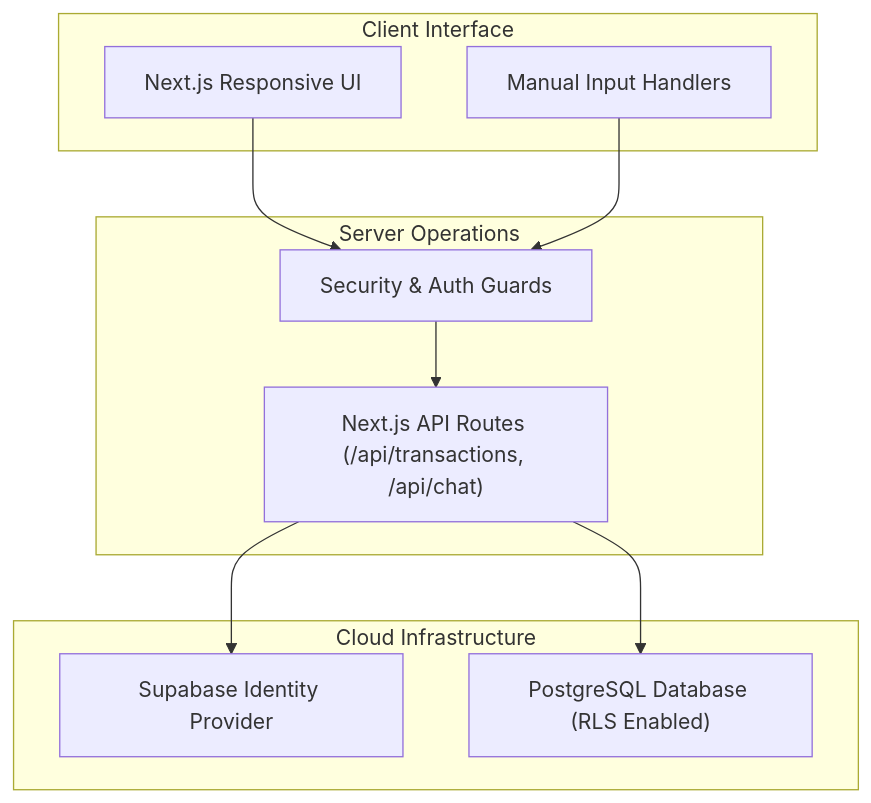
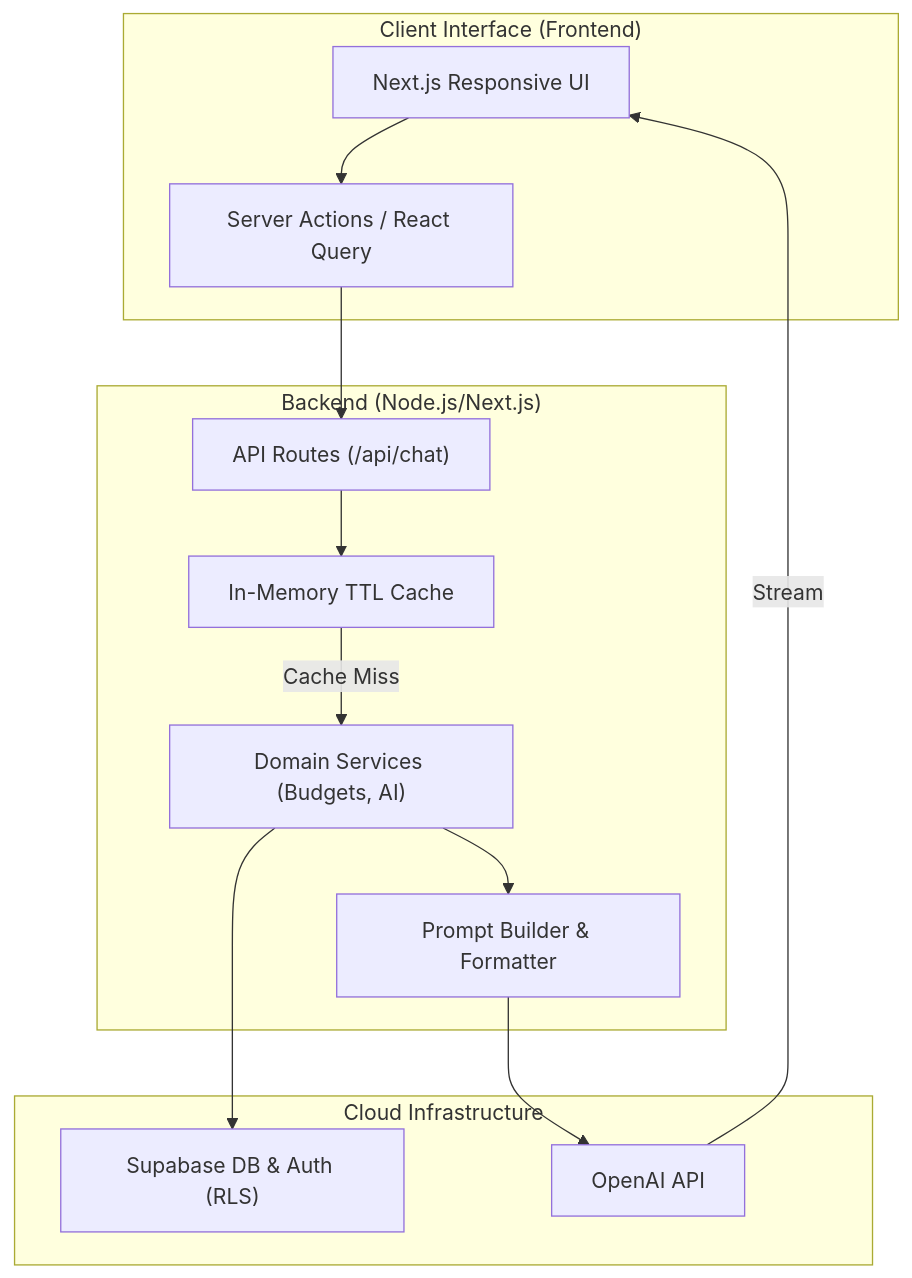
Before and after one commit to abhi128nandan/Cashpilot: the diagram in README.md, drawn with Mermaid. The commit also changed other lines of this file, not shown here.

````diff
--- a/README.md
+++ b/README.md
@@ -53,23 +179,28 @@
 ```mermaid
 graph TD
-    subgraph Client ["Client Interface"]
+    subgraph Client ["Client Interface (Frontend)"]
         UI["Next.js Responsive UI"]
-        Forms["Manual Input Handlers"]
+        Forms["Server Actions / React Query"]
     end
 
-    subgraph Server ["Server Operations"]
-        API["Next.js API Routes (/api/transactions, /api/chat)"]
-        Middleware["Security & Auth Guards"]
+    subgraph Server ["Backend (Node.js/Next.js)"]
+        API["API Routes (/api/chat)"]
+        Services["Domain Services (Budgets, AI)"]
+        Builder["Prompt Builder & Formatter"]
+        Cache["In-Memory TTL Cache"]
     end
 
-    subgraph DB ["Cloud Infrastructure"]
-        SupabaseAuth["Supabase Identity Provider"]
-        Postgres["PostgreSQL Database (RLS Enabled)"]
+    subgraph Cloud ["Cloud Infrastructure"]
+        Supabase["Supabase DB & Auth (RLS)"]
+        OpenAI["OpenAI API"]
     end
 
-    UI --> Middleware
-    Forms --> Middleware
-    Middleware --> API
-    API --> SupabaseAuth
-    API --> Postgres
+    UI --> Forms
+    Forms --> API
+    API --> Cache
+    Cache -- Cache Miss --> Services
+    Services --> Supabase
+    Services --> Builder
+    Builder --> OpenAI
+    OpenAI -- Stream --> UI
 ```
````
